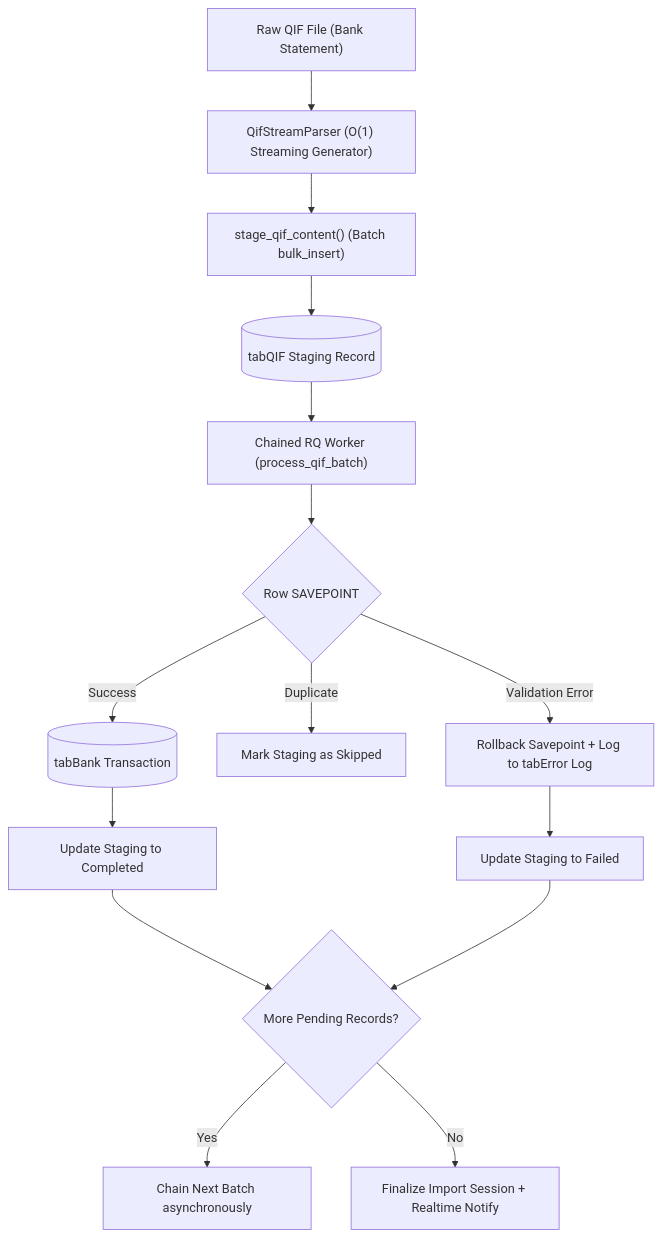
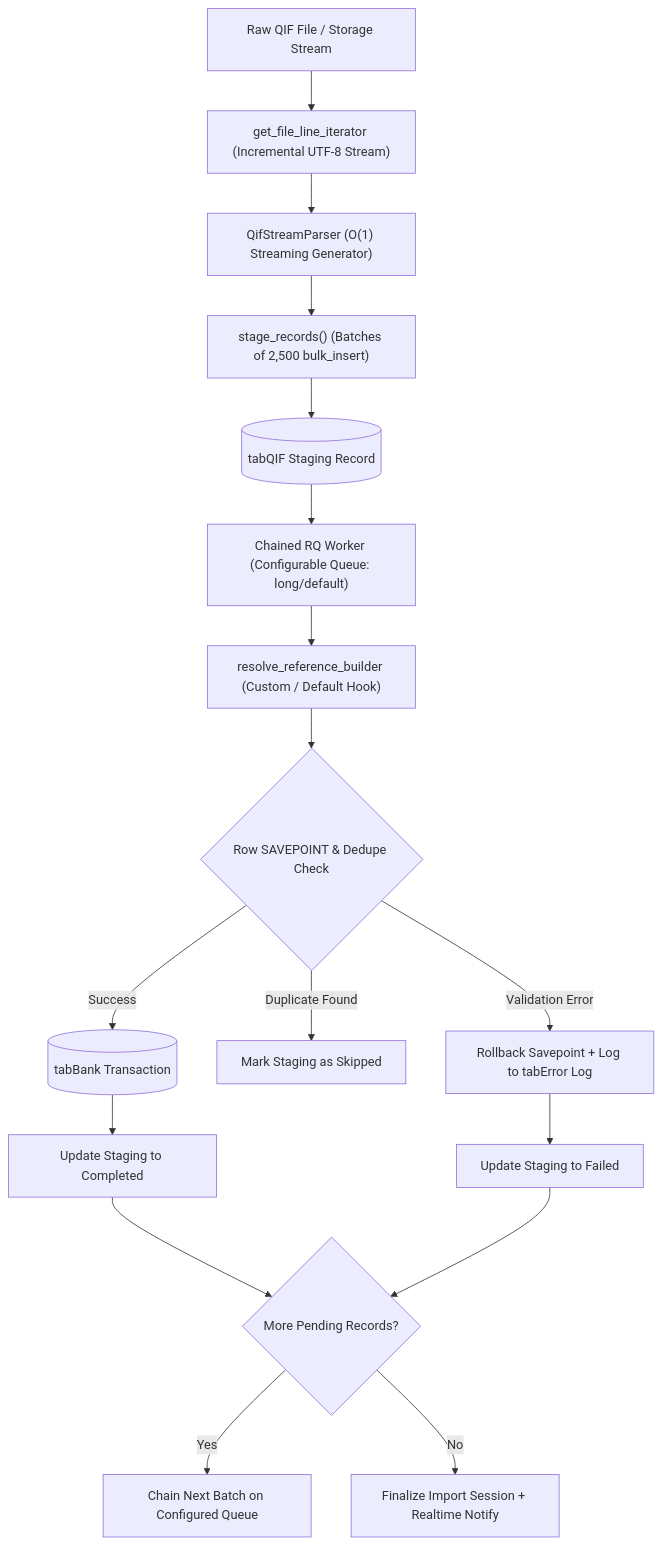
One commit to vyogotech/vyogo_frappe_qif changed the diagram in README.md. Above: the diagram before and after it, drawn with Mermaid. The commit also changed other lines of this file and 23 other files, not shown here.

````diff
--- a/README.md
+++ b/README.md
@@ -30,17 +34,19 @@
 ```mermaid
 flowchart TD
-    A["Raw QIF File (Bank Statement)"] --> B["QifStreamParser (O(1) Streaming Generator)"]
-    B --> C["stage_qif_content() (Batch bulk_insert)"]
-    C --> D[("tabQIF Staging Record")]
-    D --> E["Chained RQ Worker (process_qif_batch)"]
-    E --> F{"Row SAVEPOINT"}
-    F -->|Success| G[("tabBank Transaction")]
-    F -->|Duplicate| H["Mark Staging as Skipped"]
-    F -->|Validation Error| I["Rollback Savepoint + Log to tabError Log"]
-    G --> J["Update Staging to Completed"]
-    I --> K["Update Staging to Failed"]
-    J --> L{"More Pending Records?"}
-    K --> L
-    L -->|Yes| M["Chain Next Batch asynchronously"]
-    L -->|No| N["Finalize Import Session + Realtime Notify"]
+    A["Raw QIF File / Storage Stream"] --> B["get_file_line_iterator (Incremental UTF-8 Stream)"]
+    B --> C["QifStreamParser (O(1) Streaming Generator)"]
+    C --> D["stage_records() (Batches of 2,500 bulk_insert)"]
+    D --> E[("tabQIF Staging Record")]
+    E --> F["Chained RQ Worker (Configurable Queue: long/default)"]
+    F --> G["resolve_reference_builder (Custom / Default Hook)"]
+    G --> H{"Row SAVEPOINT & Dedupe Check"}
+    H -->|Success| I[("tabBank Transaction")]
+    H -->|Duplicate Found| J["Mark Staging as Skipped"]
+    H -->|Validation Error| K["Rollback Savepoint + Log to tabError Log"]
+    I --> L["Update Staging to Completed"]
+    K --> M["Update Staging to Failed"]
+    L --> N{"More Pending Records?"}
+    M --> N
+    N -->|Yes| O["Chain Next Batch on Configured Queue"]
+    N -->|No| P["Finalize Import Session + Realtime Notify"]
 ```
````
